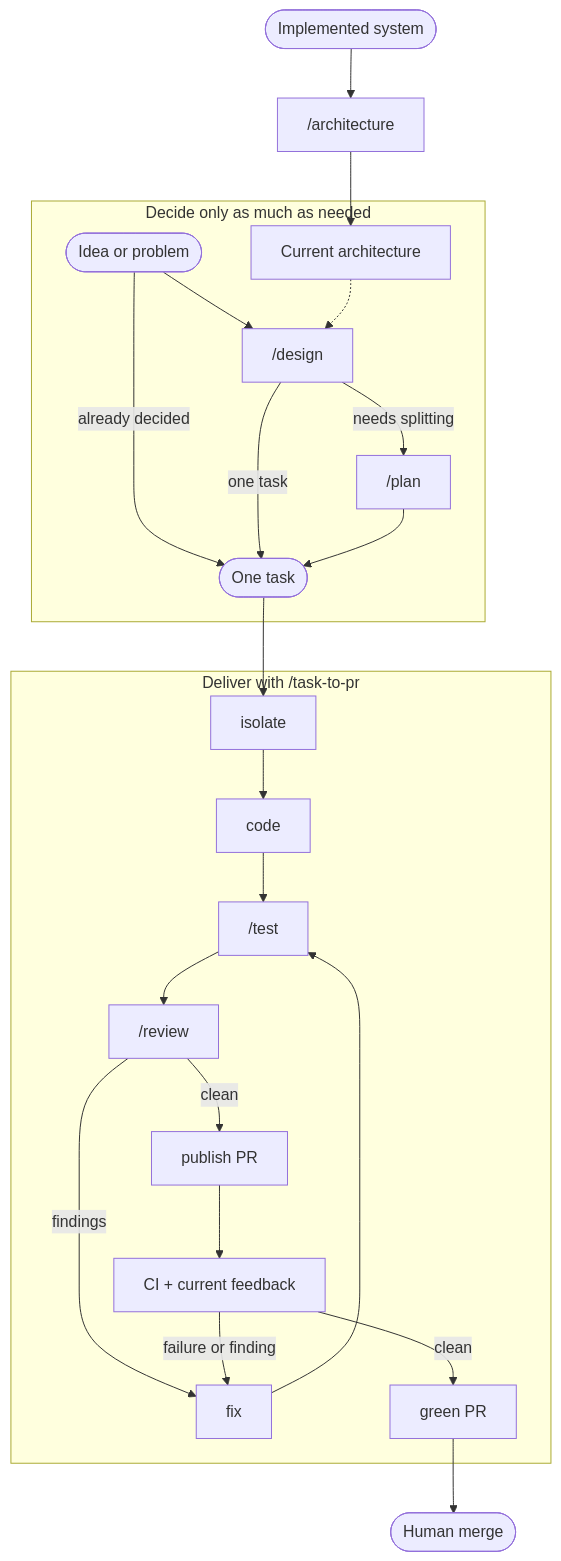
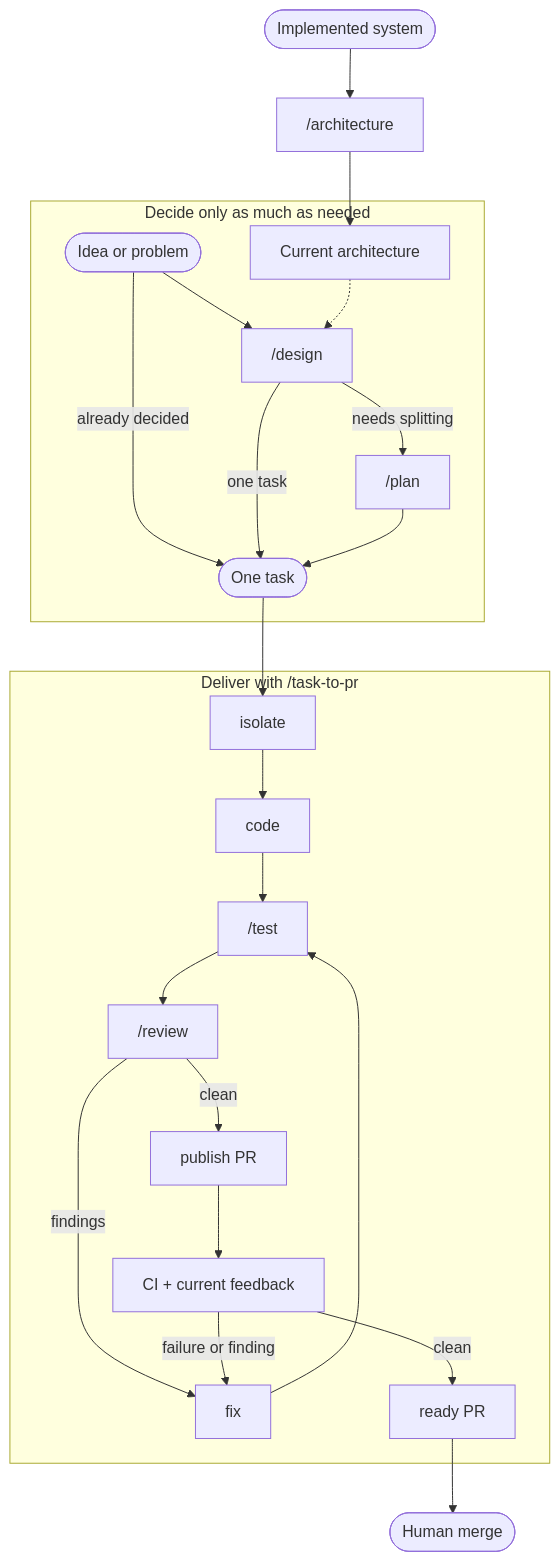
One commit to owainlewis/blueprint changed the diagram in README.md. Above: the diagram before and after it, drawn with Mermaid. The commit also changed other lines of this file and 16 other files, not shown here.

````diff
--- a/README.md
+++ b/README.md
@@ -32,23 +30,23 @@
 ```mermaid
 flowchart TB
     Existing([Implemented system]) --> Architecture["/architecture"]
     Architecture --> Current["Current architecture"]
 
     subgraph Decide["Decide only as much as needed"]
         Idea([Idea or problem]) --> Design["/design"]
         Idea -->|already decided| Task([One task])
         Current -.-> Design
         Design -->|one task| Task
         Design -->|needs splitting| Plan["/plan"] --> Task
     end
 
     subgraph Deliver["Deliver with /task-to-pr"]
         Task --> Isolate["isolate"] --> Code["code"] --> Test["/test"] --> Review["/review"]
         Review -->|findings| Fix["fix"] --> Test
         Review -->|clean| Publish["publish PR"] --> Validate["CI + current feedback"]
         Validate -->|failure or finding| Fix
-        Validate -->|clean| PR["green PR"]
+        Validate -->|clean| PR["ready PR"]
     end
 
     PR --> Merge([Human merge])
 ```
````
